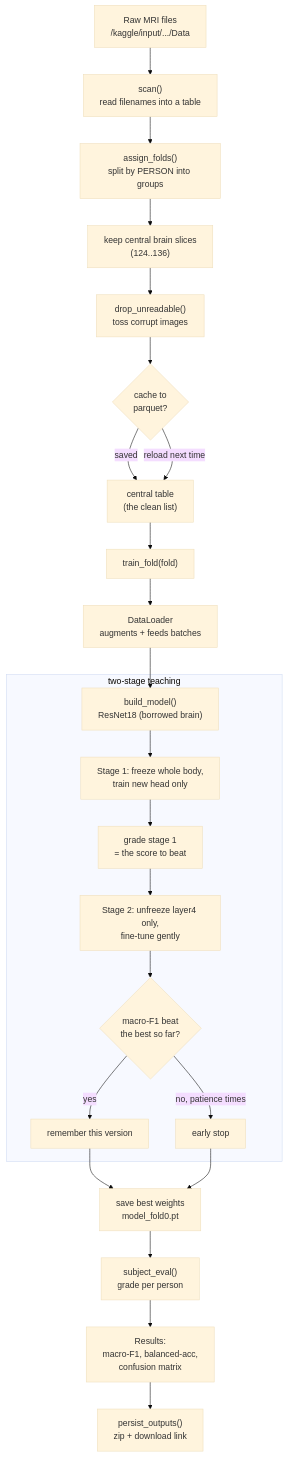
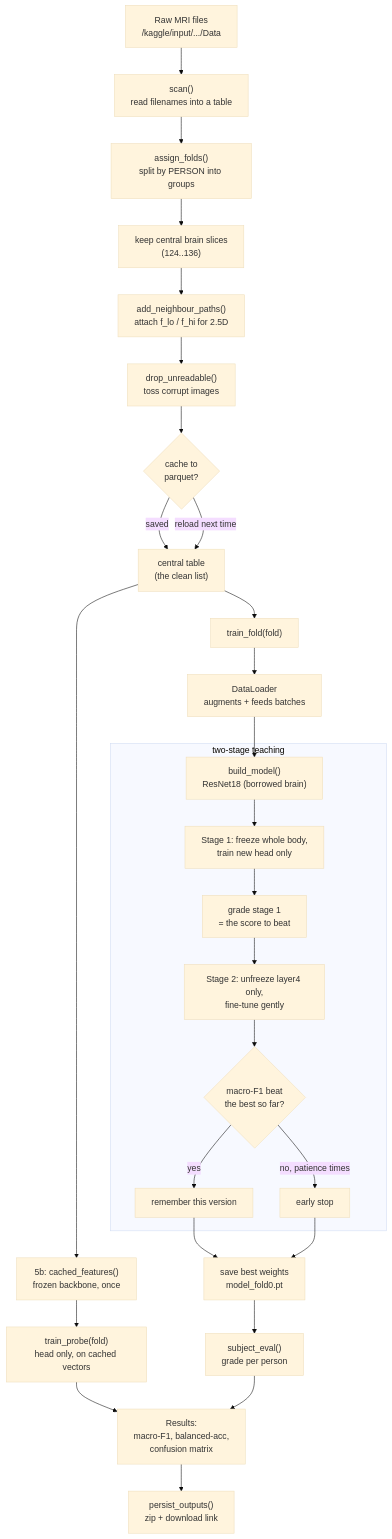
One commit to topoti/Alzheimer-s-Disease changed the first of 2 diagrams in alzheimer-ensemble/notebooks/train_kaggle_architecture.md. Above: the diagram before and after it, drawn with Mermaid (base theme). The commit also changed other lines of this file and 3 other files, not shown here.

First line of the commit message:
Add cached-feature probe workflow and diagnostic battery

````diff
--- a/alzheimer-ensemble/notebooks/train_kaggle_architecture.md
+++ b/alzheimer-ensemble/notebooks/train_kaggle_architecture.md
@@ -200,29 +280,34 @@
 ```mermaid
 flowchart TD
     A["Raw MRI files<br/>/kaggle/input/.../Data"] --> B["scan()<br/>read filenames into a table"]
     B --> C["assign_folds()<br/>split by PERSON into groups"]
     C --> D["keep central brain slices<br/>(124..136)"]
-    D --> E["drop_unreadable()<br/>toss corrupt images"]
+    D --> D2["add_neighbour_paths()<br/>attach f_lo / f_hi for 2.5D"]
+    D2 --> E["drop_unreadable()<br/>toss corrupt images"]
     E --> F{"cache to<br/>parquet?"}
     F -->|"saved"| G["central table<br/>(the clean list)"]
     F -->|"reload next time"| G
+
+    G --> PA["5b: cached_features()<br/>frozen backbone, once"]
+    PA --> PB["train_probe(fold)<br/>head only, on cached vectors"]
+    PB --> R
 
     G --> H["train_fold(fold)"]
     H --> I["DataLoader<br/>augments + feeds batches"]
     I --> J["build_model()<br/>ResNet18 (borrowed brain)"]
 
     subgraph TRAIN["two-stage teaching"]
         J --> K["Stage 1: freeze whole body,<br/>train new head only"]
         K --> K2["grade stage 1<br/>= the score to beat"]
         K2 --> L["Stage 2: unfreeze layer4 only,<br/>fine-tune gently"]
         L --> M{"macro-F1 beat<br/>the best so far?"}
         M -->|"yes"| N["remember this version"]
         M -->|"no, patience times"| O["early stop"]
     end
 
     N --> P["save best weights<br/>model_fold0.pt"]
     O --> P
     P --> Q["subject_eval()<br/>grade per person"]
     Q --> R["Results:<br/>macro-F1, balanced-acc,<br/>confusion matrix"]
     R --> S["persist_outputs()<br/>zip + download link"]
 ```
````
